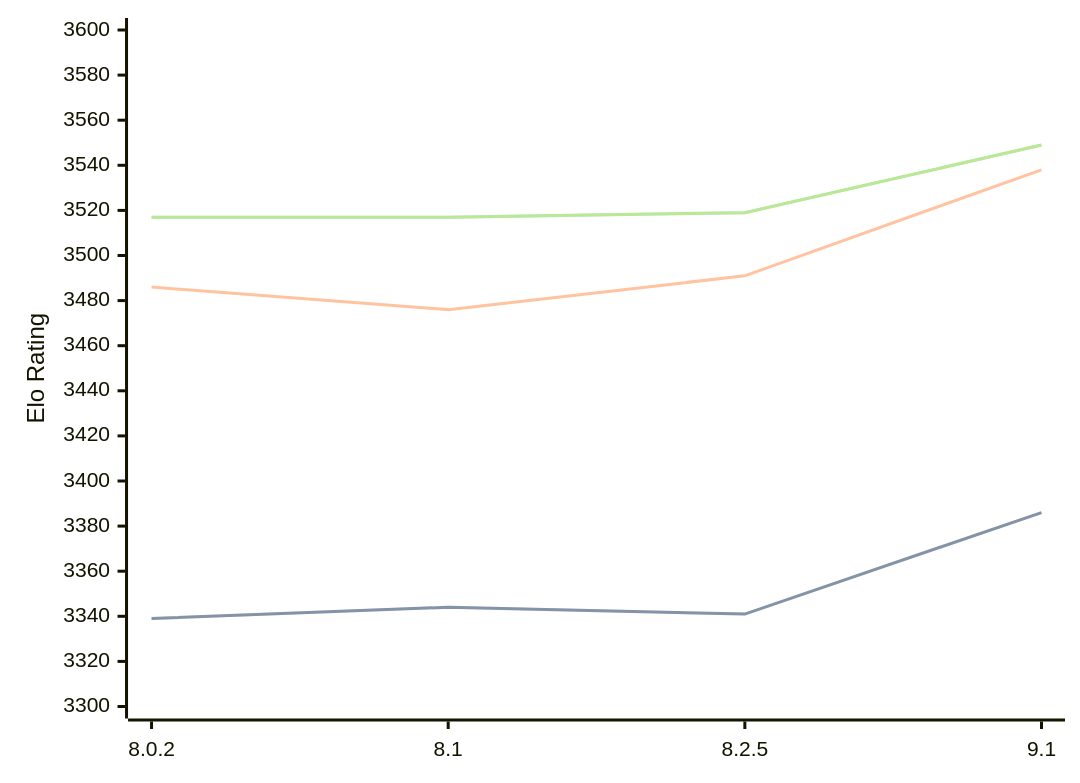
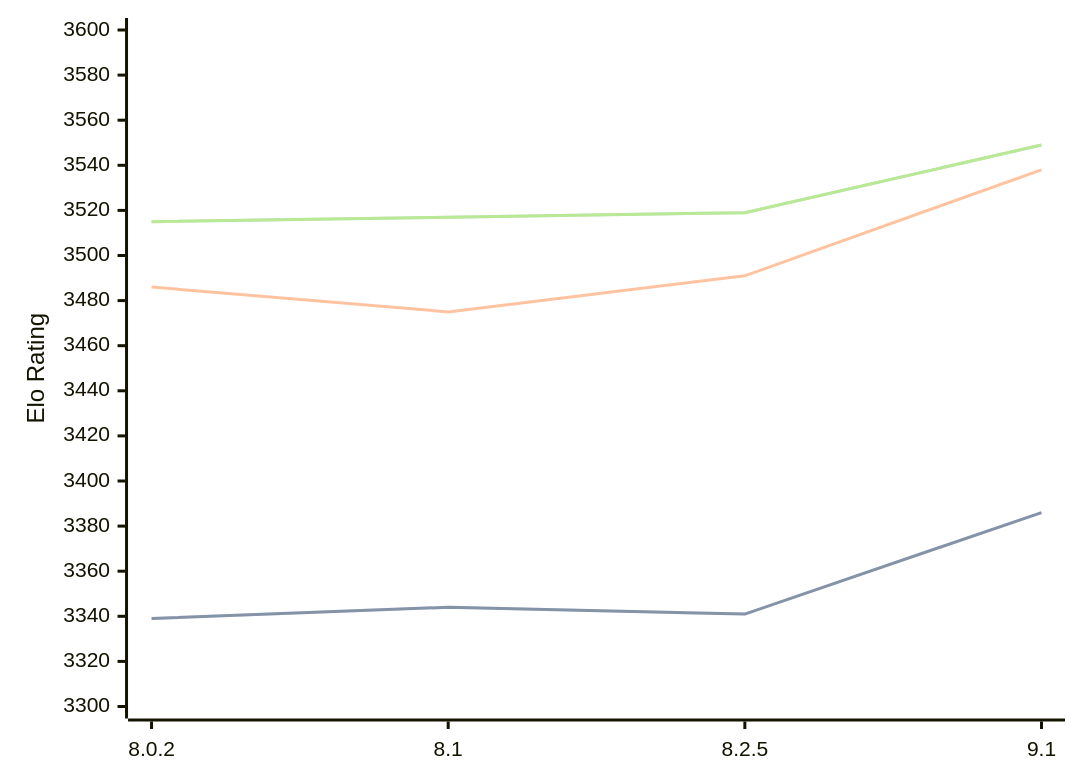
The diagram in engines/Clover.md (computer-chess-index/cci), drawn with Mermaid before and after one commit. The commit also changed other lines of this file, not shown here.

Commit message:
Update CCI Ratings (ELO VLTC) - 2026-09-03

````diff
--- a/engines/Clover.md
+++ b/engines/Clover.md
@@ -35,11 +35,11 @@
 ```mermaid
 %%{init: {"theme":"base","themeVariables":{"seriesColors:['#a3a3a3','#222221','#faa371']}}}%%
 xychart-beta
   x-axis ["8.0.2", "8.1", "8.2.5", "9.1"]
   y-axis "Elo Rating" 3300 --> 3600
   line "" [3339, 3344, 3341, 3386]
   line "STC (8.0+0.08s)" [3339, 3344, 3341, 3386]
-  line "LTC (60.0+0.60s)" [3486, 3476, 3491, 3538]
-  line "" [3517, 3517, 3519, 3549]
-  line "VLTC (2m24s+1.12s)" [3517, 3517, 3519, 3549]
+  line "LTC (60.0+0.60s)" [3486, 3475, 3491, 3538]
+  line "" [3515, 3517, 3519, 3549]
+  line "VLTC (2m24s+1.12s)" [3515, 3517, 3519, 3549]
 ```
````
